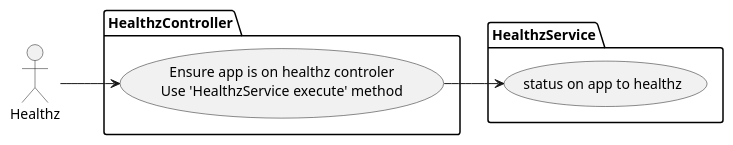
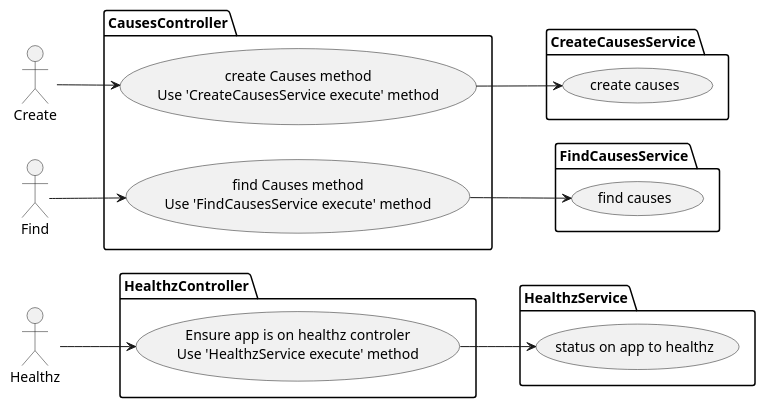
Before and after one commit to matamicenclimate/1_causes-api: the diagram in docs/images/useCases.wsd, drawn with PlantUML. The commit also changed 1 other file, not shown here.

```diff
--- a/docs/images/useCases.wsd
+++ b/docs/images/useCases.wsd
@@ -1,14 +1,36 @@
 @startuml useCases
 left to right direction
 
 actor Healthz as healthz
 package HealthzController {
   usecase HealthzControllerUC as "Ensure app is on healthz controler
   Use 'HealthzService execute' method"
 }
 package HealthzService {
   usecase HealthzServiceUC as "status on app to healthz"
 }
 healthz --> HealthzControllerUC
 HealthzControllerUC --> HealthzServiceUC
+
+actor Create as create
+package CausesController {
+  usecase CreateCausesControllerUC as "create Causes method
+  Use 'CreateCausesService execute' method"
+}
+package CreateCausesService {
+  usecase CreateCausesServiceUC as "create causes"
+}
+create --> CreateCausesControllerUC
+CreateCausesControllerUC --> CreateCausesServiceUC
+
+actor Find as find
+package CausesController {
+  usecase FindCausesControllerUC as "find Causes method
+  Use 'FindCausesService execute' method"
+}
+package FindCausesService {
+  usecase FindCausesServiceUC as "find causes"
+}
+find --> FindCausesControllerUC
+FindCausesControllerUC --> FindCausesServiceUC
 @enduml
```
